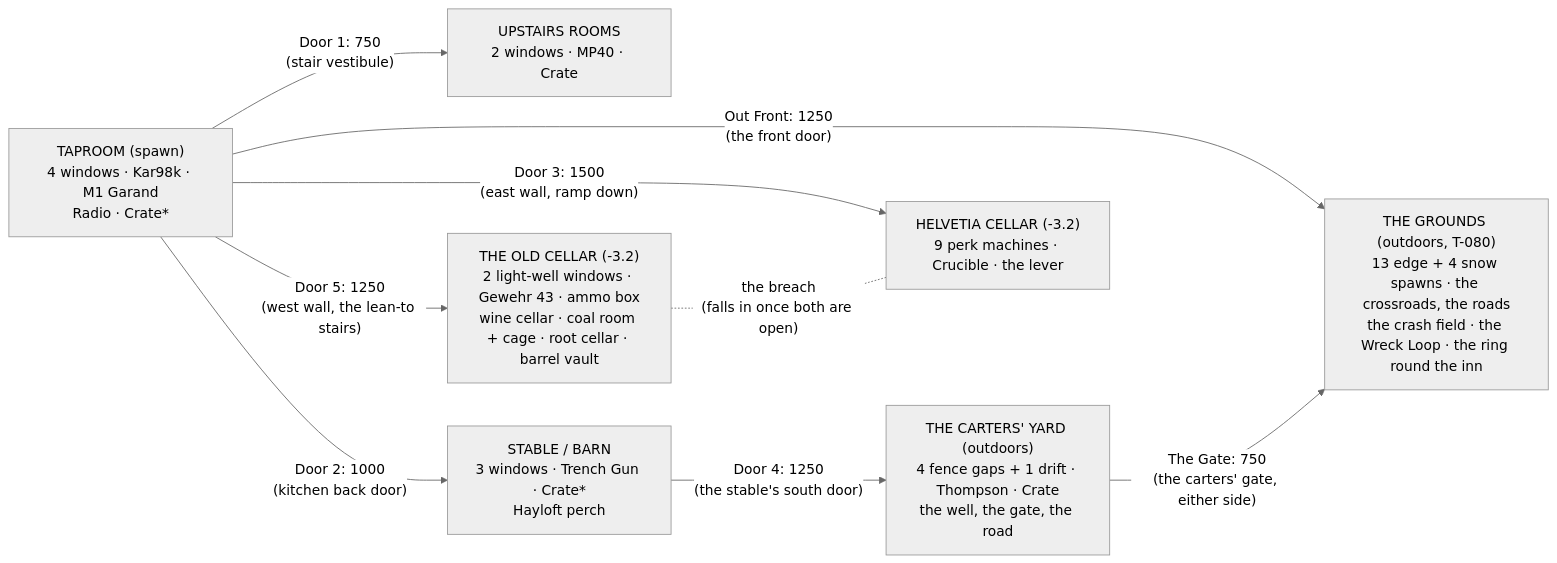
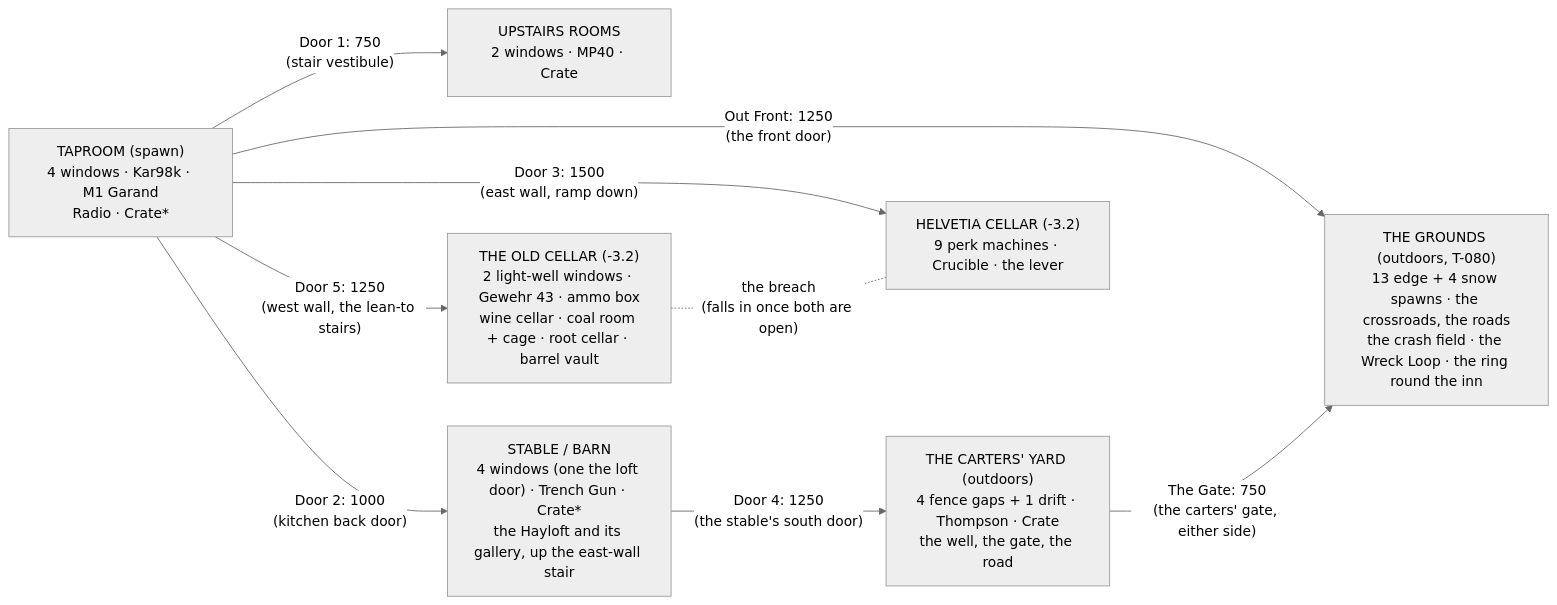
Before and after one commit to DBITDEFENSE/bolt-and-sprocket-ultimate: the first of 4 diagrams in docs/gravelight/MAPS.md, drawn with Mermaid (neutral theme). The commit also changed other lines of this file and 9 other files, not shown here.

````diff
--- a/docs/gravelight/MAPS.md
+++ b/docs/gravelight/MAPS.md
@@ -66,18 +66,18 @@
 ```mermaid
 graph LR
   TAPROOM["TAPROOM (spawn)<br/>4 windows · Kar98k · M1 Garand<br/>Radio · Crate*"]
   UPSTAIRS["UPSTAIRS ROOMS<br/>2 windows · MP40 · Crate"]
-  STABLE["STABLE / BARN<br/>3 windows · Trench Gun · Crate*<br/>Hayloft perch"]
+  STABLE["STABLE / BARN<br/>4 windows (one the loft door) · Trench Gun · Crate*<br/>the Hayloft and its gallery, up the east-wall stair"]
   YARD["THE CARTERS' YARD (outdoors)<br/>4 fence gaps + 1 drift · Thompson · Crate<br/>the well, the gate, the road"]
   TAPROOM -- "Door 1: 750<br/>(stair vestibule)" --> UPSTAIRS
   TAPROOM -- "Door 2: 1000<br/>(kitchen back door)" --> STABLE
   STABLE -- "Door 4: 1250<br/>(the stable's south door)" --> YARD
   GROUNDS["THE GROUNDS (outdoors, T-080)<br/>13 edge + 4 snow spawns · the crossroads, the roads<br/>the crash field · the Wreck Loop · the ring round the inn"]
   TAPROOM -- "Out Front: 1250<br/>(the front door)" --> GROUNDS
   YARD -- "The Gate: 750<br/>(the carters' gate, either side)" --> GROUNDS
   CELLAR["HELVETIA CELLAR (-3.2)<br/>9 perk machines · Crucible · the lever"]
   OLD_CELLAR["THE OLD CELLAR (-3.2)<br/>2 light-well windows · Gewehr 43 · ammo box<br/>wine cellar · coal room + cage · root cellar · barrel vault"]
   TAPROOM -- "Door 3: 1500<br/>(east wall, ramp down)" --> CELLAR
   TAPROOM -- "Door 5: 1250<br/>(west wall, the lean-to stairs)" --> OLD_CELLAR
   OLD_CELLAR -. "the breach<br/>(falls in once both are open)" .- CELLAR
 ```
````
